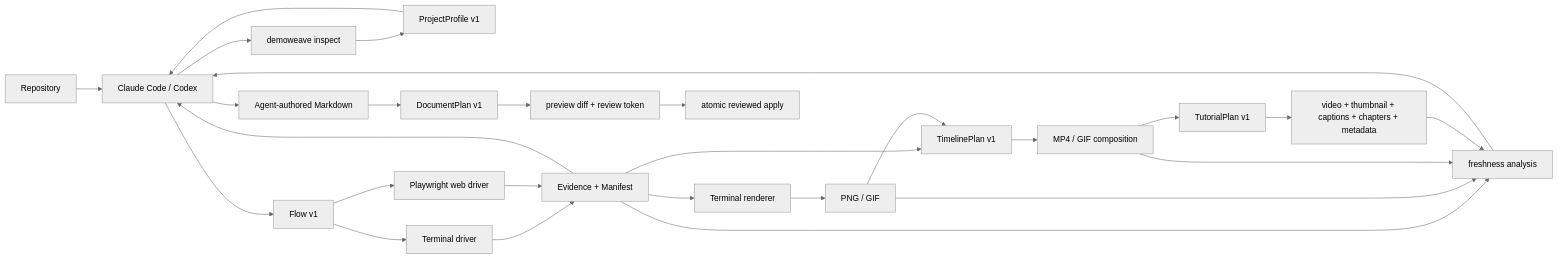
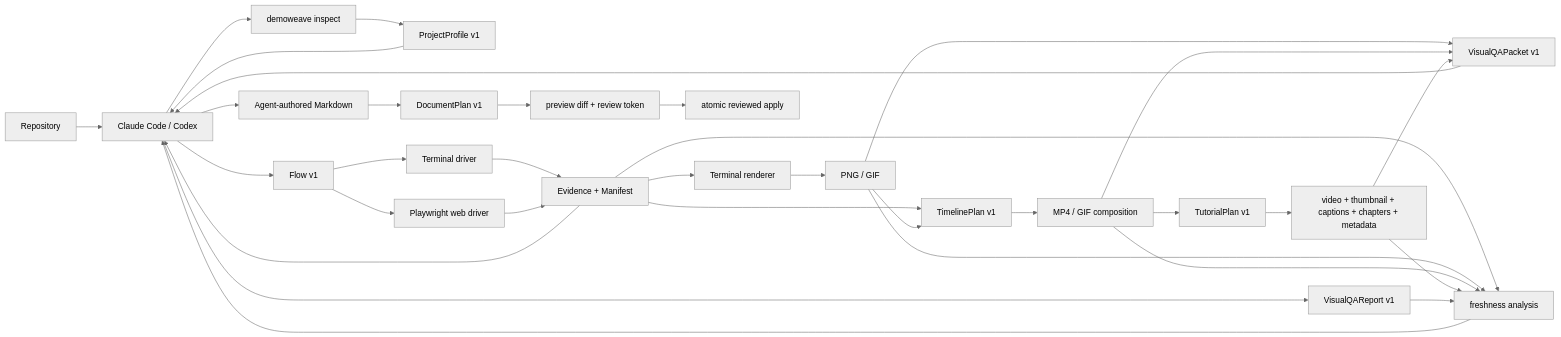
The diagram in README.md (KingHacker9000/demoweave), drawn with Mermaid (neutral theme) before and after one commit. The commit also changed other lines of this file and 18 other files, not shown here.

````diff
--- a/README.md
+++ b/README.md
@@ -49,29 +50,35 @@
 ```mermaid
 flowchart LR
     R["Repository"] --> A["Claude Code / Codex"]
     A --> I["demoweave inspect"]
     I --> P["ProjectProfile v1"]
     P --> A
     A --> F["Flow v1"]
     F --> T["Terminal driver"]
     F --> B["Playwright web driver"]
     T --> E["Evidence + Manifest"]
     B --> E
     E --> V["Terminal renderer"]
     V --> M["PNG / GIF"]
     E --> TL["TimelinePlan v1"]
     M --> TL
     TL --> C["MP4 / GIF composition"]
     C --> TP["TutorialPlan v1"]
     TP --> PKG["video + thumbnail + captions + chapters + metadata"]
+    M --> QA["VisualQAPacket v1"]
+    C --> QA
+    PKG --> QA
+    QA --> A
+    A --> QR["VisualQAReport v1"]
     E --> S["freshness analysis"]
     M --> S
     C --> S
     PKG --> S
+    QR --> S
     S --> A
     E --> A
     A --> W["Agent-authored Markdown"]
     W --> DP["DocumentPlan v1"]
     DP --> RV["preview diff + review token"]
     RV --> AP["atomic reviewed apply"]
 ```
````
